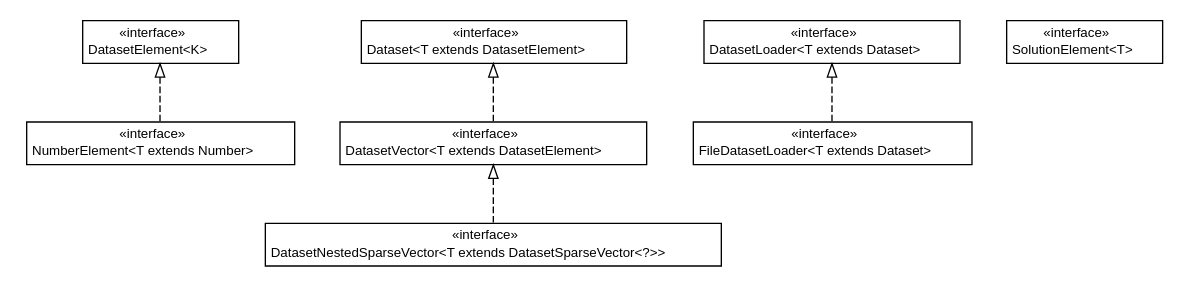
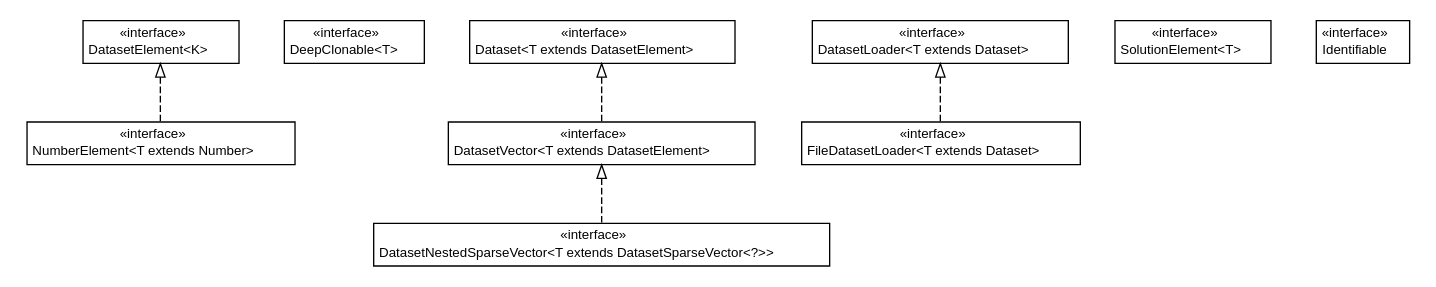
Before and after one commit to UnicaLabs-CS/Foresee: the diagram in docs/it/unica/foresee/datasets/interfaces/it.unica.foresee.datasets.interfaces.dot, drawn with Graphviz. The commit also changed 200 other files, not shown here.

```diff
--- a/docs/it/unica/foresee/datasets/interfaces/it.unica.foresee.datasets.interfaces.dot
+++ b/docs/it/unica/foresee/datasets/interfaces/it.unica.foresee.datasets.interfaces.dot
@@ -1,76 +1,90 @@
 #!/usr/local/bin/dot
 #
 # Class diagram 
 # Generated by UMLGraph version 5.2 (http://www.umlgraph.org/)
 #
 
 digraph G {
 	edge [fontname="Helvetica",fontsize=10,labelfontname="Helvetica",labelfontsize=10];
 	node [fontname="Helvetica",fontsize=10,shape=plaintext];
 	nodesep=0.25;
 	ranksep=0.5;
 	// it.unica.foresee.datasets.interfaces.DatasetElement<K>
-	c46 [label=<<table title="it.unica.foresee.datasets.interfaces.DatasetElement" border="0" cellborder="1" cellspacing="0" cellpadding="2" port="p" href="./DatasetElement.html">
+	c54 [label=<<table title="it.unica.foresee.datasets.interfaces.DatasetElement" border="0" cellborder="1" cellspacing="0" cellpadding="2" port="p" href="./DatasetElement.html">
 		<tr><td><table border="0" cellspacing="0" cellpadding="1">
 <tr><td align="center" balign="center"> &#171;interface&#187; </td></tr>
 <tr><td align="center" balign="center"> DatasetElement&lt;K&gt; </td></tr>
 		</table></td></tr>
 		</table>>, fontname="Helvetica", fontcolor="black", fontsize=10.0];
+	// it.unica.foresee.datasets.interfaces.DeepClonable<T>
+	c55 [label=<<table title="it.unica.foresee.datasets.interfaces.DeepClonable" border="0" cellborder="1" cellspacing="0" cellpadding="2" port="p" href="./DeepClonable.html">
+		<tr><td><table border="0" cellspacing="0" cellpadding="1">
+<tr><td align="center" balign="center"> &#171;interface&#187; </td></tr>
+<tr><td align="center" balign="center"> DeepClonable&lt;T&gt; </td></tr>
+		</table></td></tr>
+		</table>>, fontname="Helvetica", fontcolor="black", fontsize=10.0];
 	// it.unica.foresee.datasets.interfaces.Dataset<T extends it.unica.foresee.datasets.interfaces.DatasetElement>
-	c47 [label=<<table title="it.unica.foresee.datasets.interfaces.Dataset" border="0" cellborder="1" cellspacing="0" cellpadding="2" port="p" href="./Dataset.html">
+	c56 [label=<<table title="it.unica.foresee.datasets.interfaces.Dataset" border="0" cellborder="1" cellspacing="0" cellpadding="2" port="p" href="./Dataset.html">
 		<tr><td><table border="0" cellspacing="0" cellpadding="1">
 <tr><td align="center" balign="center"> &#171;interface&#187; </td></tr>
 <tr><td align="center" balign="center"> Dataset&lt;T extends DatasetElement&gt; </td></tr>
 		</table></td></tr>
 		</table>>, fontname="Helvetica", fontcolor="black", fontsize=10.0];
 	// it.unica.foresee.datasets.interfaces.DatasetNestedSparseVector<T extends it.unica.foresee.datasets.DatasetSparseVector<?>>
-	c48 [label=<<table title="it.unica.foresee.datasets.interfaces.DatasetNestedSparseVector" border="0" cellborder="1" cellspacing="0" cellpadding="2" port="p" href="./DatasetNestedSparseVector.html">
+	c57 [label=<<table title="it.unica.foresee.datasets.interfaces.DatasetNestedSparseVector" border="0" cellborder="1" cellspacing="0" cellpadding="2" port="p" href="./DatasetNestedSparseVector.html">
 		<tr><td><table border="0" cellspacing="0" cellpadding="1">
 <tr><td align="center" balign="center"> &#171;interface&#187; </td></tr>
 <tr><td align="center" balign="center"> DatasetNestedSparseVector&lt;T extends DatasetSparseVector&lt;?&gt;&gt; </td></tr>
 		</table></td></tr>
 		</table>>, fontname="Helvetica", fontcolor="black", fontsize=10.0];
 	// it.unica.foresee.datasets.interfaces.NumberElement<T extends java.lang.Number>
-	c49 [label=<<table title="it.unica.foresee.datasets.interfaces.NumberElement" border="0" cellborder="1" cellspacing="0" cellpadding="2" port="p" href="./NumberElement.html">
+	c58 [label=<<table title="it.unica.foresee.datasets.interfaces.NumberElement" border="0" cellborder="1" cellspacing="0" cellpadding="2" port="p" href="./NumberElement.html">
 		<tr><td><table border="0" cellspacing="0" cellpadding="1">
 <tr><td align="center" balign="center"> &#171;interface&#187; </td></tr>
 <tr><td align="center" balign="center"> NumberElement&lt;T extends Number&gt; </td></tr>
 		</table></td></tr>
 		</table>>, fontname="Helvetica", fontcolor="black", fontsize=10.0];
 	// it.unica.foresee.datasets.interfaces.DatasetVector<T extends it.unica.foresee.datasets.interfaces.DatasetElement>
-	c50 [label=<<table title="it.unica.foresee.datasets.interfaces.DatasetVector" border="0" cellborder="1" cellspacing="0" cellpadding="2" port="p" href="./DatasetVector.html">
+	c59 [label=<<table title="it.unica.foresee.datasets.interfaces.DatasetVector" border="0" cellborder="1" cellspacing="0" cellpadding="2" port="p" href="./DatasetVector.html">
 		<tr><td><table border="0" cellspacing="0" cellpadding="1">
 <tr><td align="center" balign="center"> &#171;interface&#187; </td></tr>
 <tr><td align="center" balign="center"> DatasetVector&lt;T extends DatasetElement&gt; </td></tr>
 		</table></td></tr>
 		</table>>, fontname="Helvetica", fontcolor="black", fontsize=10.0];
 	// it.unica.foresee.datasets.interfaces.FileDatasetLoader<T extends it.unica.foresee.datasets.interfaces.Dataset>
-	c51 [label=<<table title="it.unica.foresee.datasets.interfaces.FileDatasetLoader" border="0" cellborder="1" cellspacing="0" cellpadding="2" port="p" href="./FileDatasetLoader.html">
+	c60 [label=<<table title="it.unica.foresee.datasets.interfaces.FileDatasetLoader" border="0" cellborder="1" cellspacing="0" cellpadding="2" port="p" href="./FileDatasetLoader.html">
 		<tr><td><table border="0" cellspacing="0" cellpadding="1">
 <tr><td align="center" balign="center"> &#171;interface&#187; </td></tr>
 <tr><td align="center" balign="center"> FileDatasetLoader&lt;T extends Dataset&gt; </td></tr>
 		</table></td></tr>
 		</table>>, fontname="Helvetica", fontcolor="black", fontsize=10.0];
 	// it.unica.foresee.datasets.interfaces.SolutionElement<T>
-	c52 [label=<<table title="it.unica.foresee.datasets.interfaces.SolutionElement" border="0" cellborder="1" cellspacing="0" cellpadding="2" port="p" href="./SolutionElement.html">
+	c61 [label=<<table title="it.unica.foresee.datasets.interfaces.SolutionElement" border="0" cellborder="1" cellspacing="0" cellpadding="2" port="p" href="./SolutionElement.html">
 		<tr><td><table border="0" cellspacing="0" cellpadding="1">
 <tr><td align="center" balign="center"> &#171;interface&#187; </td></tr>
 <tr><td align="center" balign="center"> SolutionElement&lt;T&gt; </td></tr>
 		</table></td></tr>
 		</table>>, fontname="Helvetica", fontcolor="black", fontsize=10.0];
+	// it.unica.foresee.datasets.interfaces.Identifiable
+	c62 [label=<<table title="it.unica.foresee.datasets.interfaces.Identifiable" border="0" cellborder="1" cellspacing="0" cellpadding="2" port="p" href="./Identifiable.html">
+		<tr><td><table border="0" cellspacing="0" cellpadding="1">
+<tr><td align="center" balign="center"> &#171;interface&#187; </td></tr>
+<tr><td align="center" balign="center"> Identifiable </td></tr>
+		</table></td></tr>
+		</table>>, fontname="Helvetica", fontcolor="black", fontsize=10.0];
 	// it.unica.foresee.datasets.interfaces.DatasetLoader<T extends it.unica.foresee.datasets.interfaces.Dataset>
-	c53 [label=<<table title="it.unica.foresee.datasets.interfaces.DatasetLoader" border="0" cellborder="1" cellspacing="0" cellpadding="2" port="p" href="./DatasetLoader.html">
+	c63 [label=<<table title="it.unica.foresee.datasets.interfaces.DatasetLoader" border="0" cellborder="1" cellspacing="0" cellpadding="2" port="p" href="./DatasetLoader.html">
 		<tr><td><table border="0" cellspacing="0" cellpadding="1">
 <tr><td align="center" balign="center"> &#171;interface&#187; </td></tr>
 <tr><td align="center" balign="center"> DatasetLoader&lt;T extends Dataset&gt; </td></tr>
 		</table></td></tr>
 		</table>>, fontname="Helvetica", fontcolor="black", fontsize=10.0];
 	//it.unica.foresee.datasets.interfaces.DatasetNestedSparseVector<T extends it.unica.foresee.datasets.DatasetSparseVector<?>> implements it.unica.foresee.datasets.interfaces.DatasetVector<T extends it.unica.foresee.datasets.interfaces.DatasetElement>
-	c50:p -> c48:p [dir=back,arrowtail=empty,style=dashed];
+	c59:p -> c57:p [dir=back,arrowtail=empty,style=dashed];
 	//it.unica.foresee.datasets.interfaces.NumberElement<T extends java.lang.Number> implements it.unica.foresee.datasets.interfaces.DatasetElement<K>
-	c46:p -> c49:p [dir=back,arrowtail=empty,style=dashed];
+	c54:p -> c58:p [dir=back,arrowtail=empty,style=dashed];
 	//it.unica.foresee.datasets.interfaces.DatasetVector<T extends it.unica.foresee.datasets.interfaces.DatasetElement> implements it.unica.foresee.datasets.interfaces.Dataset<T extends it.unica.foresee.datasets.interfaces.DatasetElement>
-	c47:p -> c50:p [dir=back,arrowtail=empty,style=dashed];
+	c56:p -> c59:p [dir=back,arrowtail=empty,style=dashed];
 	//it.unica.foresee.datasets.interfaces.FileDatasetLoader<T extends it.unica.foresee.datasets.interfaces.Dataset> implements it.unica.foresee.datasets.interfaces.DatasetLoader<T extends it.unica.foresee.datasets.interfaces.Dataset>
-	c53:p -> c51:p [dir=back,arrowtail=empty,style=dashed];
+	c63:p -> c60:p [dir=back,arrowtail=empty,style=dashed];
 }
```
